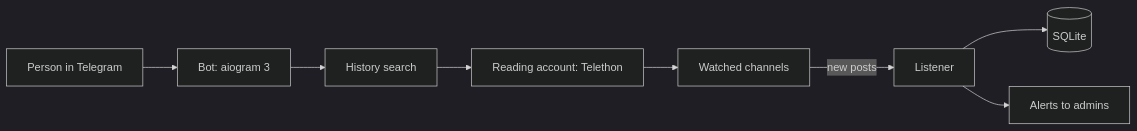
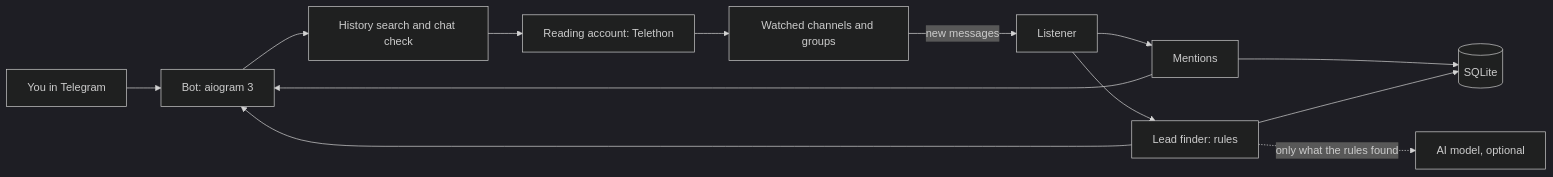
Before and after one commit to ant4x/telegram-lead-finder: the diagram in README.md, drawn with Mermaid (dark theme). The commit also changed other lines of this file, not shown here.

First line of the commit message:
Describe the lead finder in the README

````diff
--- a/README.md
+++ b/README.md
@@ -17,10 +37,15 @@
 ```mermaid
 flowchart LR
-  U[Person in Telegram] --> B[Bot: aiogram 3]
-  B --> S[History search]
-  S --> R[Reading account: Telethon]
-  R --> C[Watched channels]
-  C -->|new posts| L[Listener]
-  L --> D[(SQLite)]
-  L --> A[Alerts to admins]
+  U[You in Telegram] --> B[Bot: aiogram 3]
+  R[Reading account: Telethon] --> C[Watched channels and groups]
+  C -->|new messages| L[Listener]
+  L --> M[Mentions]
+  L --> F[Lead finder: rules]
+  F -. only what the rules found .-> A[AI model, optional]
+  M --> D[(SQLite)]
+  F --> D
+  M --> B
+  F --> B
+  B --> S[History search and chat check]
+  S --> R
 ```
````
